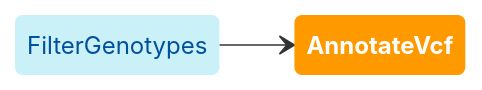
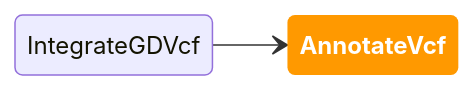
One commit to broadinstitute/gatk-sv changed the diagram in website/docs/modules/annotate_vcf.md. Above: the diagram before and after it, drawn with Mermaid. The commit also changed other lines of this file and 27 other files, not shown here.

````diff
--- a/website/docs/modules/annotate_vcf.md
+++ b/website/docs/modules/annotate_vcf.md
@@ -23,16 +23,16 @@
 ```mermaid
 
 stateDiagram
   direction LR
   
   classDef inModules stroke-width:0px,fill:#caf0f8,color:#00509d
   classDef thisModule font-weight:bold,stroke-width:0px,fill:#ff9900,color:white
   classDef outModules stroke-width:0px,fill:#caf0f8,color:#00509d
 
-  fg: FilterGenotypes
+  igdv: IntegrateGDVcf
   avcf: AnnotateVcf
-  fg --> avcf
+  igdv --> avcf
   
   class avcf thisModule
   class fg inModules
 ```
````
